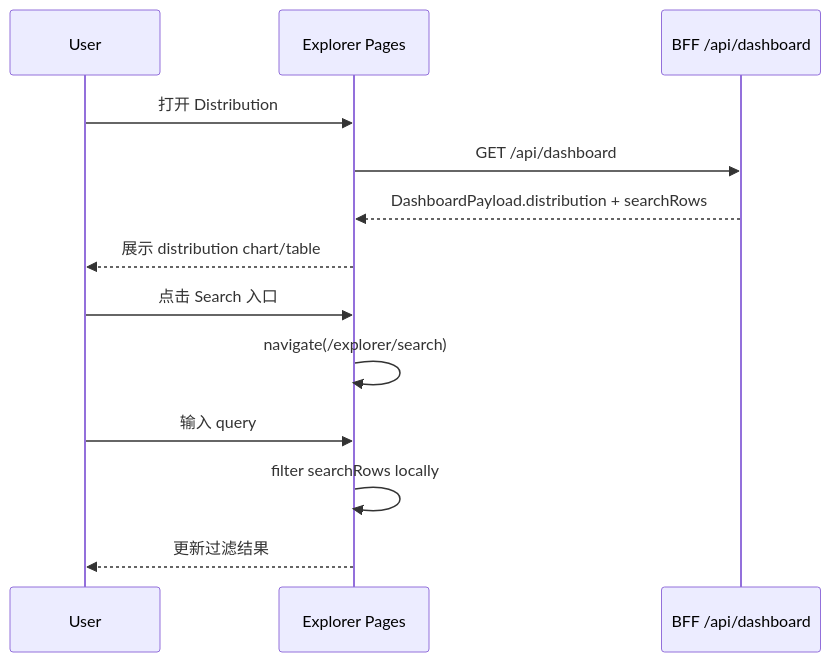
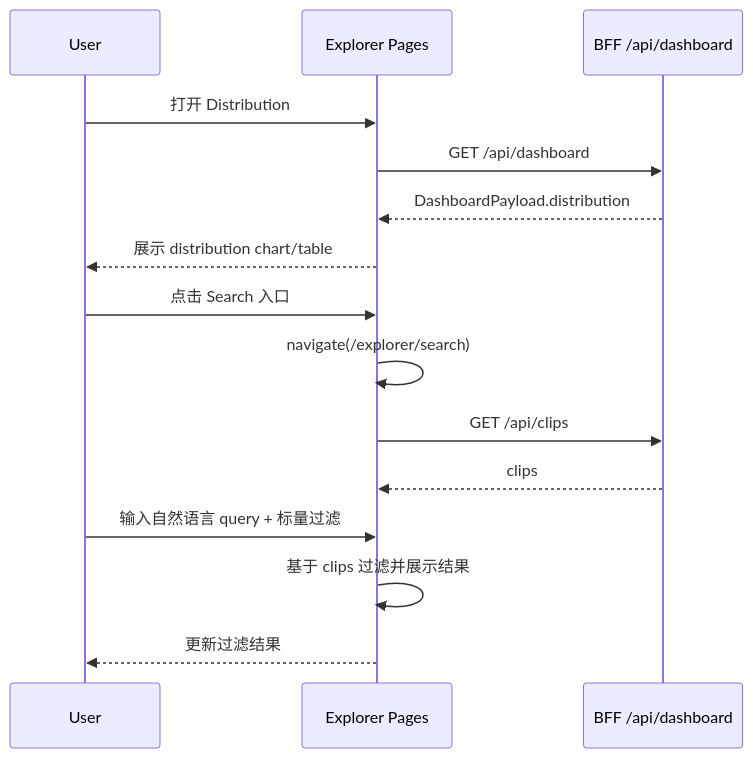
Before and after one commit to gray-cgm/ai-native-data-engine: the fifth of 6 diagrams in docs/prd/ui-page-flows-and-platform-interactions.md, drawn with Mermaid. The commit also changed other lines of this file and 51 other files, not shown here.

````diff
--- a/docs/prd/ui-page-flows-and-platform-interactions.md
+++ b/docs/prd/ui-page-flows-and-platform-interactions.md
@@ -1405,16 +1508,18 @@
 ```mermaid
 sequenceDiagram
     participant U as User
     participant W as Explorer Pages
     participant B as BFF /api/dashboard
 
     U->>W: 打开 Distribution
     W->>B: GET /api/dashboard
-    B-->>W: DashboardPayload.distribution + searchRows
+    B-->>W: DashboardPayload.distribution
     W-->>U: 展示 distribution chart/table
     U->>W: 点击 Search 入口
     W->>W: navigate(/explorer/search)
-    U->>W: 输入 query
-    W->>W: filter searchRows locally
+    W->>B: GET /api/clips
+    B-->>W: clips
+    U->>W: 输入自然语言 query + 标量过滤
+    W->>W: 基于 clips 过滤并展示结果
     W-->>U: 更新过滤结果
 ```
````
